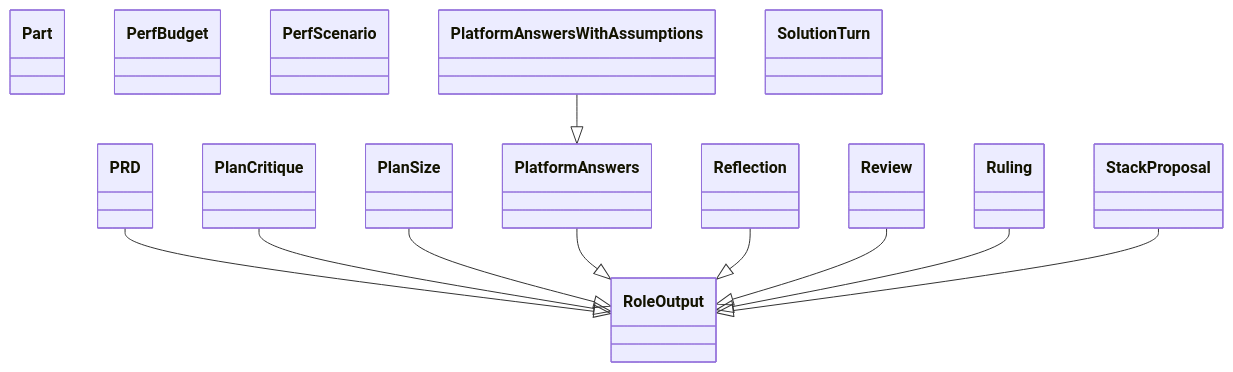
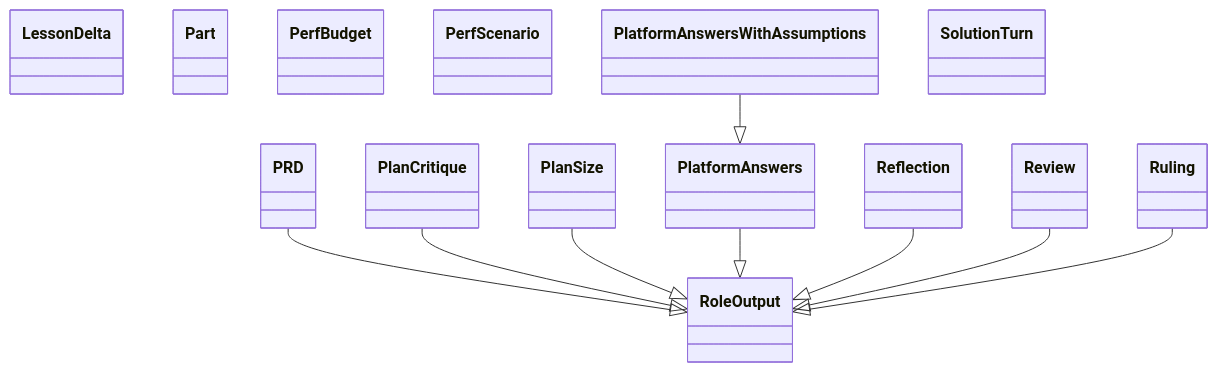
One commit to GonzaloZevallos/agentic-system changed the diagram in docs/architecture/generated/classes-process-domain-roles-4.md. Above: the diagram before and after it, drawn with Mermaid. The commit also changed other lines of this file and 9 other files, not shown here.

````diff
--- a/docs/architecture/generated/classes-process-domain-roles-4.md
+++ b/docs/architecture/generated/classes-process-domain-roles-4.md
@@ -31,26 +31,25 @@
 ```mermaid
 classDiagram
+    class schemas__LessonDelta["LessonDelta"]
     class schemas__PRD["PRD"]
     class schemas__Part["Part"]
     class schemas__PerfBudget["PerfBudget"]
     class schemas__PerfScenario["PerfScenario"]
     class schemas__PlanCritique["PlanCritique"]
     class schemas__PlanSize["PlanSize"]
     class schemas__PlatformAnswers["PlatformAnswers"]
     class schemas__PlatformAnswersWithAssumptions["PlatformAnswersWithAssumptions"]
     class schemas__Reflection["Reflection"]
     class schemas__Review["Review"]
     class schemas__RoleOutput["RoleOutput"]
     class schemas__Ruling["Ruling"]
     class schemas__SolutionTurn["SolutionTurn"]
-    class schemas__StackProposal["StackProposal"]
     schemas__PRD --|> schemas__RoleOutput
     schemas__PlanCritique --|> schemas__RoleOutput
     schemas__PlanSize --|> schemas__RoleOutput
     schemas__PlatformAnswers --|> schemas__RoleOutput
     schemas__PlatformAnswersWithAssumptions --|> schemas__PlatformAnswers
     schemas__Reflection --|> schemas__RoleOutput
     schemas__Review --|> schemas__RoleOutput
     schemas__Ruling --|> schemas__RoleOutput
-    schemas__StackProposal --|> schemas__RoleOutput
 ```
````
